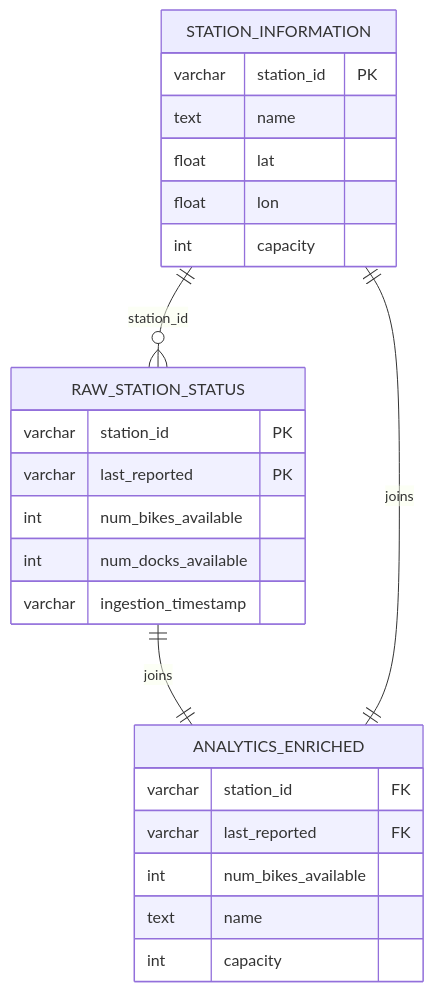
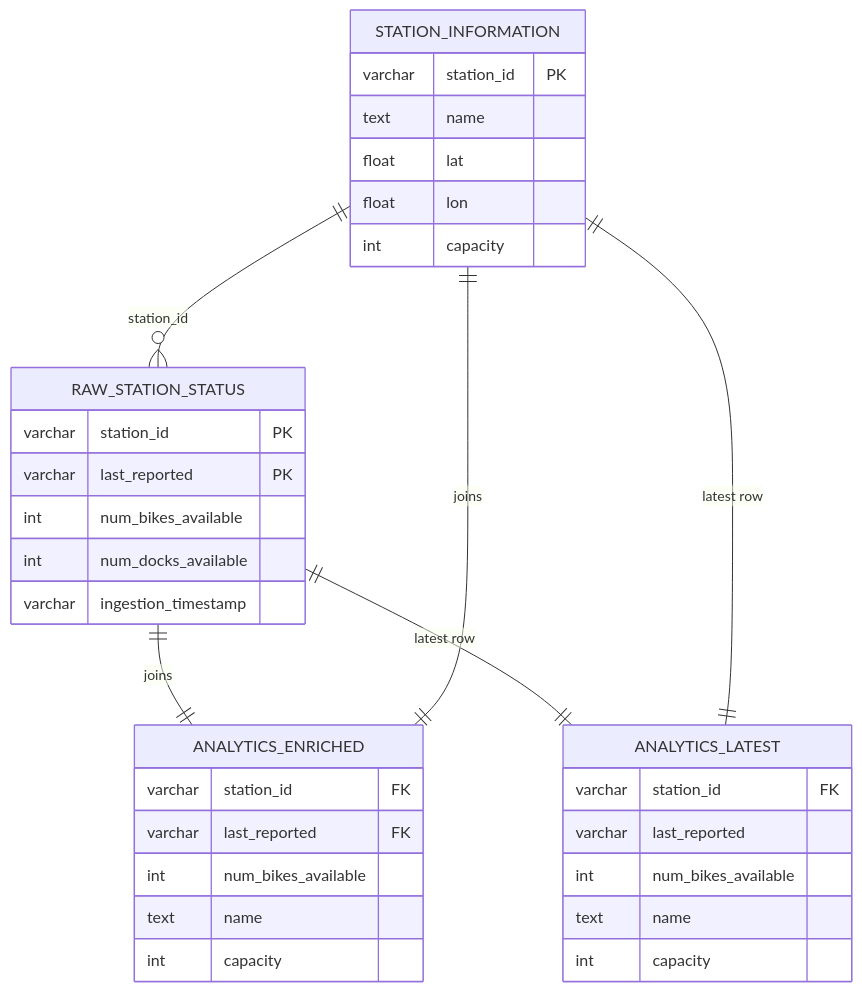
The second of 2 diagrams in docs/analytics/README.md (brunoramosmartins/bike-availability-forecasting-system), drawn with Mermaid before and after one commit. The commit also changed 1 other file, not shown here.

Commit message:
docs: update README with badges, progress table, and Phase 4 docs
- Add CI, Ingestion, Python, PostgreSQL, and MIT badges
- Add project progress table (Phases 0–9 with current status)
- Update architecture diagram with Bronze/Silver/Gold layers
- Expand project structure to reflect actual files and directories
- Add dataset pipeline section (features, target, splits, CLI)
- Fix ER diagram in docs/analytics: add ANALYTICS_LATEST entity
  with relationships to both raw tables
- Update clone URL with correct GitHub username

````diff
--- a/docs/analytics/README.md
+++ b/docs/analytics/README.md
@@ -35,31 +35,41 @@
 ```mermaid
 erDiagram
   RAW_STATION_STATUS {
     varchar station_id PK
     varchar last_reported PK
     int num_bikes_available
     int num_docks_available
     varchar ingestion_timestamp
   }
 
   STATION_INFORMATION {
     varchar station_id PK
     text name
     float lat
     float lon
     int capacity
   }
 
   STATION_INFORMATION ||--o{ RAW_STATION_STATUS : "station_id"
 
   ANALYTICS_ENRICHED {
     varchar station_id FK
     varchar last_reported FK
     int num_bikes_available
     text name
     int capacity
   }
 
+  ANALYTICS_LATEST {
+    varchar station_id FK
+    varchar last_reported
+    int num_bikes_available
+    text name
+    int capacity
+  }
+
   RAW_STATION_STATUS ||--|| ANALYTICS_ENRICHED : "joins"
   STATION_INFORMATION ||--|| ANALYTICS_ENRICHED : "joins"
+  RAW_STATION_STATUS ||--|| ANALYTICS_LATEST : "latest row"
+  STATION_INFORMATION ||--|| ANALYTICS_LATEST : "latest row"
 ```
````
